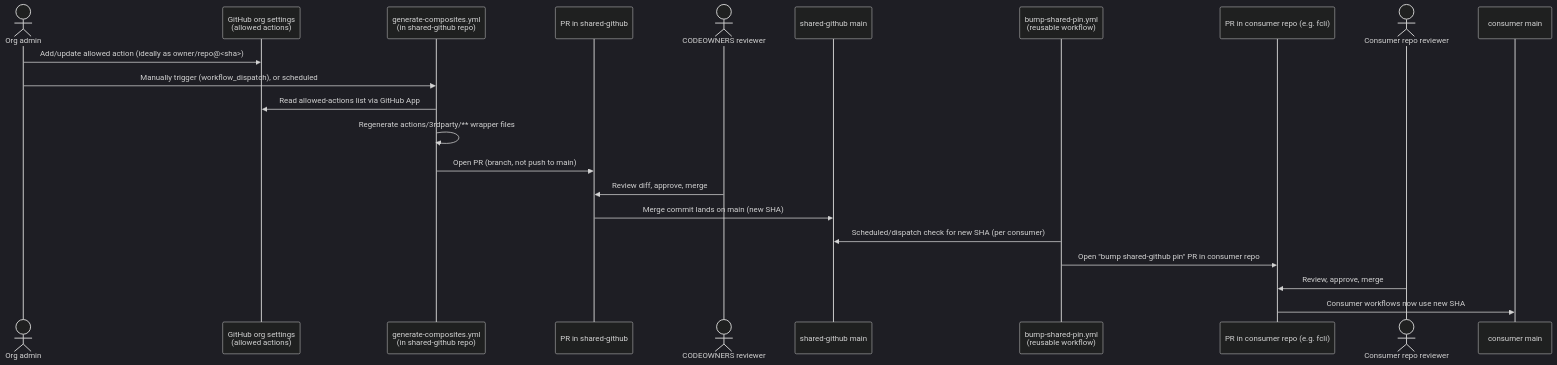
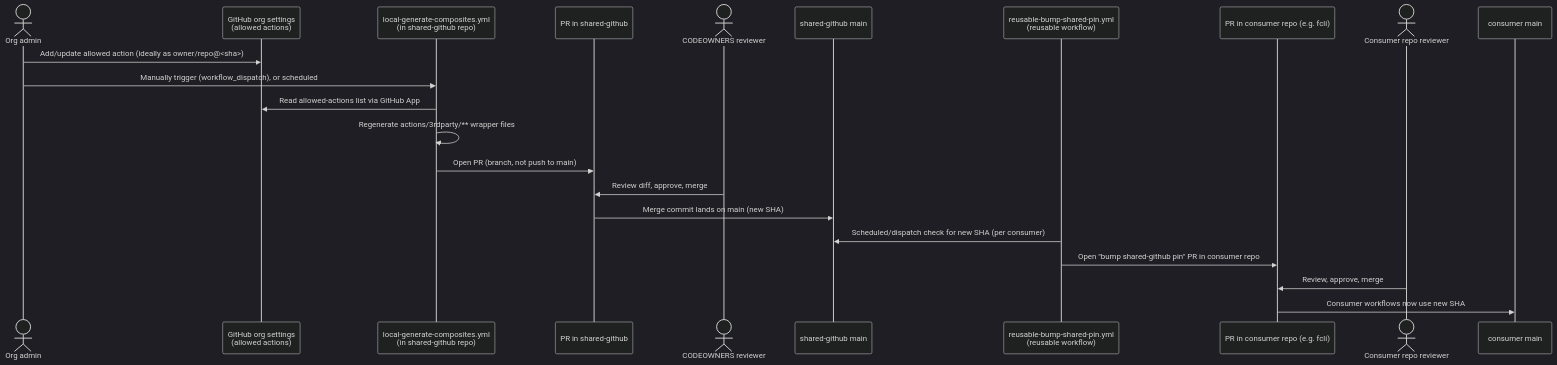
One commit to fortify/shared-github changed the diagram in PLAN.md. Above: the diagram before and after it, drawn with Mermaid (dark theme). The commit also changed other lines of this file and 5 other files, not shown here.

````diff
--- a/PLAN.md
+++ b/PLAN.md
@@ -123,25 +141,25 @@
 ```mermaid
 sequenceDiagram
     actor Admin as Org admin
     participant Org as GitHub org settings<br/>(allowed actions)
-    participant Gen as generate-composites.yml<br/>(in shared-github repo)
+    participant Gen as local-generate-composites.yml<br/>(in shared-github repo)
     participant SharedPR as PR in shared-github
     actor Reviewer as CODEOWNERS reviewer
     participant Main as shared-github main
-    participant Bump as bump-shared-pin.yml<br/>(reusable workflow)
+    participant Bump as reusable-bump-shared-pin.yml<br/>(reusable workflow)
     participant ConsumerPR as PR in consumer repo (e.g. fcli)
     actor ConsumerReviewer as Consumer repo reviewer
     participant ConsumerMain as consumer main
 
     Admin->>Org: Add/update allowed action (ideally as owner/repo@<sha>)
     Admin->>Gen: Manually trigger (workflow_dispatch), or scheduled
     Gen->>Org: Read allowed-actions list via GitHub App
     Gen->>Gen: Regenerate actions/3rdparty/** wrapper files
     Gen->>SharedPR: Open PR (branch, not push to main)
     Reviewer->>SharedPR: Review diff, approve, merge
     SharedPR->>Main: Merge commit lands on main (new SHA)
     Bump->>Main: Scheduled/dispatch check for new SHA (per consumer)
     Bump->>ConsumerPR: Open "bump shared-github pin" PR in consumer repo
     ConsumerReviewer->>ConsumerPR: Review, approve, merge
     ConsumerPR->>ConsumerMain: Consumer workflows now use new SHA
 ```
````
